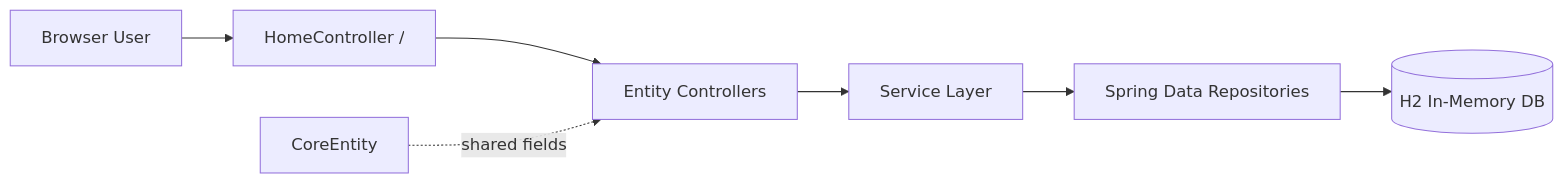
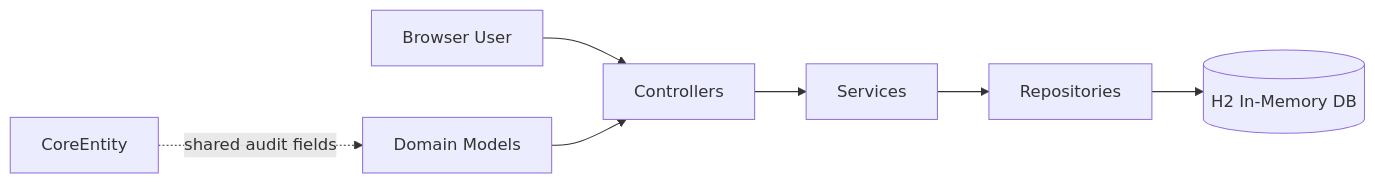
The diagram in README.md (sdrahnea/asset-management-service), drawn with Mermaid before and after one commit. The commit also changed other lines of this file, not shown here.

````diff
--- a/README.md
+++ b/README.md
@@ -30,10 +39,10 @@
 ```mermaid
 flowchart LR
-	User[Browser User] --> Home[HomeController /]
-	Home --> AssetPages[Entity Controllers]
-	AssetPages --> Services[Service Layer]
-	Services --> Repos[Spring Data Repositories]
-	Repos --> H2[(H2 In-Memory DB)]
+	U[Browser User] --> C[Controllers]
+	C --> S[Services]
+	S --> R[Repositories]
+	R --> DB[(H2 In-Memory DB)]
 
-	Core[CoreEntity] -.shared fields.-> AssetPages
+	CE[CoreEntity] -. shared audit fields .-> M[Domain Models]
+	M --> C
 ```
````
